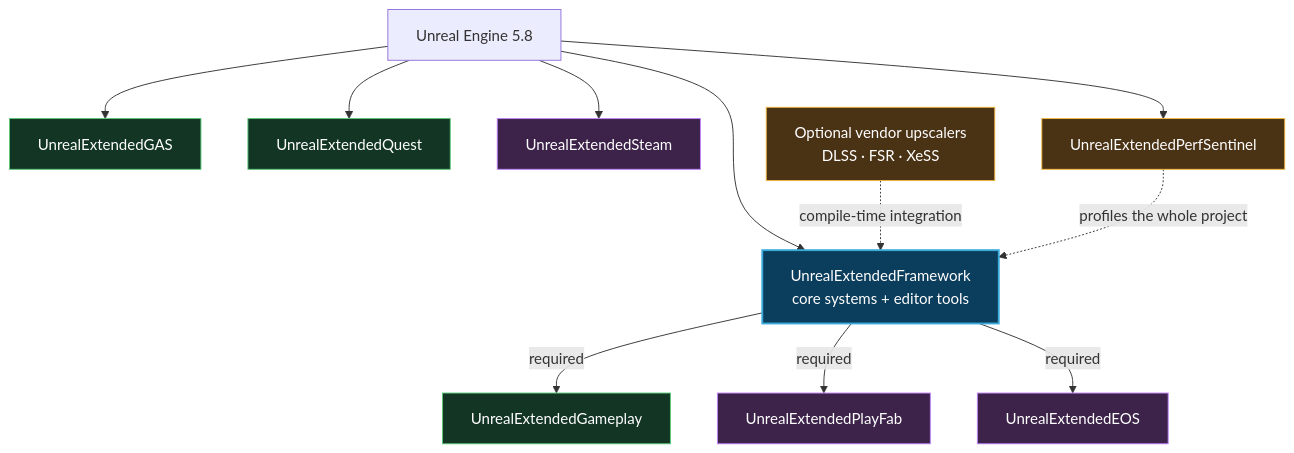
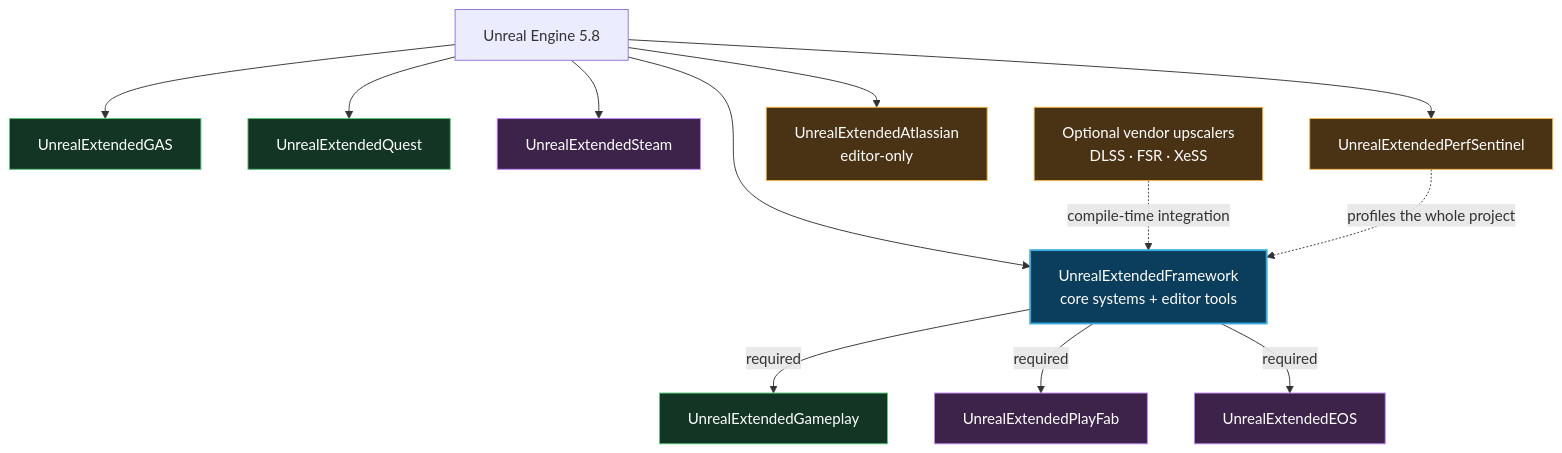
The diagram in README.md (ElderDeveloper/UnrealExtendedFramework), drawn with Mermaid before and after one commit. The commit also changed other lines of this file, not shown here.

First line of the commit message:
Update README: add Atlassian plugin, new Gameplay systems, fix dependency table

````diff
--- a/README.md
+++ b/README.md
@@ -66,33 +68,35 @@
 ```mermaid
 flowchart TB
     UE["Unreal Engine 5.8"]
     Core["UnrealExtendedFramework<br/>core systems + editor tools"]
     Gameplay["UnrealExtendedGameplay"]
     GAS["UnrealExtendedGAS"]
     Quest["UnrealExtendedQuest"]
     PlayFab["UnrealExtendedPlayFab"]
     EOS["UnrealExtendedEOS"]
     Steam["UnrealExtendedSteam"]
     Perf["UnrealExtendedPerfSentinel"]
+    Atlassian["UnrealExtendedAtlassian<br/>editor-only"]
     Vendor["Optional vendor upscalers<br/>DLSS · FSR · XeSS"]
 
     UE --> Core
     UE --> GAS
     UE --> Quest
     UE --> Steam
     UE --> Perf
+    UE --> Atlassian
     Core -->|required| Gameplay
     Core -->|required| PlayFab
     Core -->|required| EOS
     Vendor -. compile-time integration .-> Core
     Perf -. profiles the whole project .-> Core
 
     classDef foundation fill:#0B3D5C,stroke:#39A9DB,color:#fff,stroke-width:2px;
     classDef gameplay fill:#123524,stroke:#5AC878,color:#fff;
     classDef online fill:#3D234A,stroke:#C084FC,color:#fff;
     classDef tooling fill:#4A3215,stroke:#F5B942,color:#fff;
     class Core foundation;
     class Gameplay,GAS,Quest gameplay;
     class PlayFab,EOS,Steam online;
-    class Perf,Vendor tooling;
+    class Perf,Vendor,Atlassian tooling;
 ```
````
